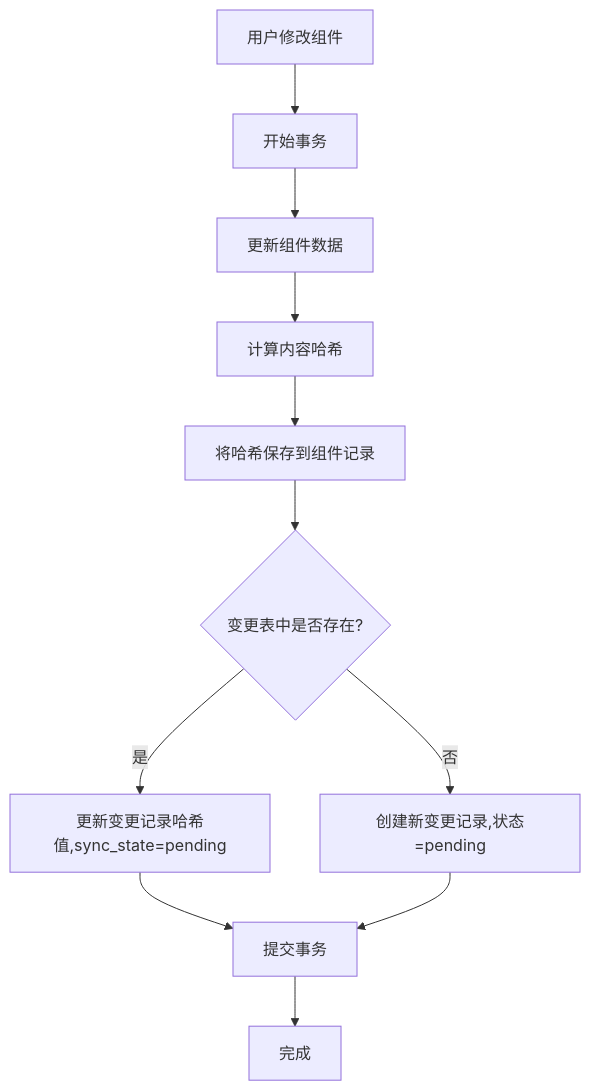
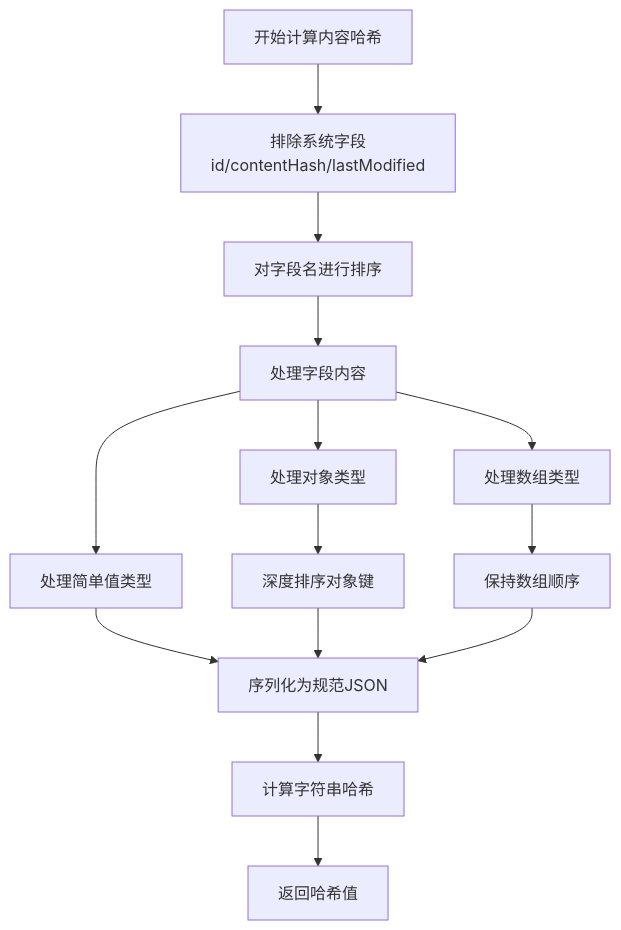
One commit to yingjianzh/iodraw-files changed the diagram in all/未命名-42.md. Above: the diagram before and after it, drawn with Mermaid.

Commit message:
2025-04-24 14:45:18 update

````diff
--- a/all/未命名-42.md
+++ b/all/未命名-42.md
@@ -1,15 +1,20 @@
 ```mermaid
 flowchart TD
-    Start[用户修改组件] --> StartTransaction[开始事务]
-    StartTransaction --> UpdateComponent[更新组件数据]
-    UpdateComponent --> CalcHash[计算内容哈希]
-    CalcHash --> SaveHash[将哈希保存到组件记录]
-    SaveHash --> CheckExists{变更表中是否存在?}
+    Start[开始计算内容哈希] --> ExcludeFields[排除系统字段\nid/contentHash/lastModified]
+    ExcludeFields --> SortFields[对字段名进行排序]
+    SortFields --> ProcessData[处理字段内容]
     
-    CheckExists -- 是 --> UpdateChange[更新变更记录哈希值,sync_state=pending]
-    CheckExists -- 否 --> CreateChange[创建新变更记录,状态=pending]
+    ProcessData --> SimpleValues[处理简单值类型]
+    ProcessData --> Objects[处理对象类型]
+    ProcessData --> Arrays[处理数组类型]
     
-    UpdateChange --> CommitTransaction[提交事务]
-    CreateChange --> CommitTransaction
-    CommitTransaction --> End[完成]
+    SimpleValues --> Serialize[序列化为规范JSON]
+    Objects --> DeepSort[深度排序对象键]
+    Arrays --> PreserveOrder[保持数组顺序]
+    
+    DeepSort --> Serialize
+    PreserveOrder --> Serialize
+    
+    Serialize --> ComputeHash[计算字符串哈希]
+    ComputeHash --> End[返回哈希值]
 ```
````
